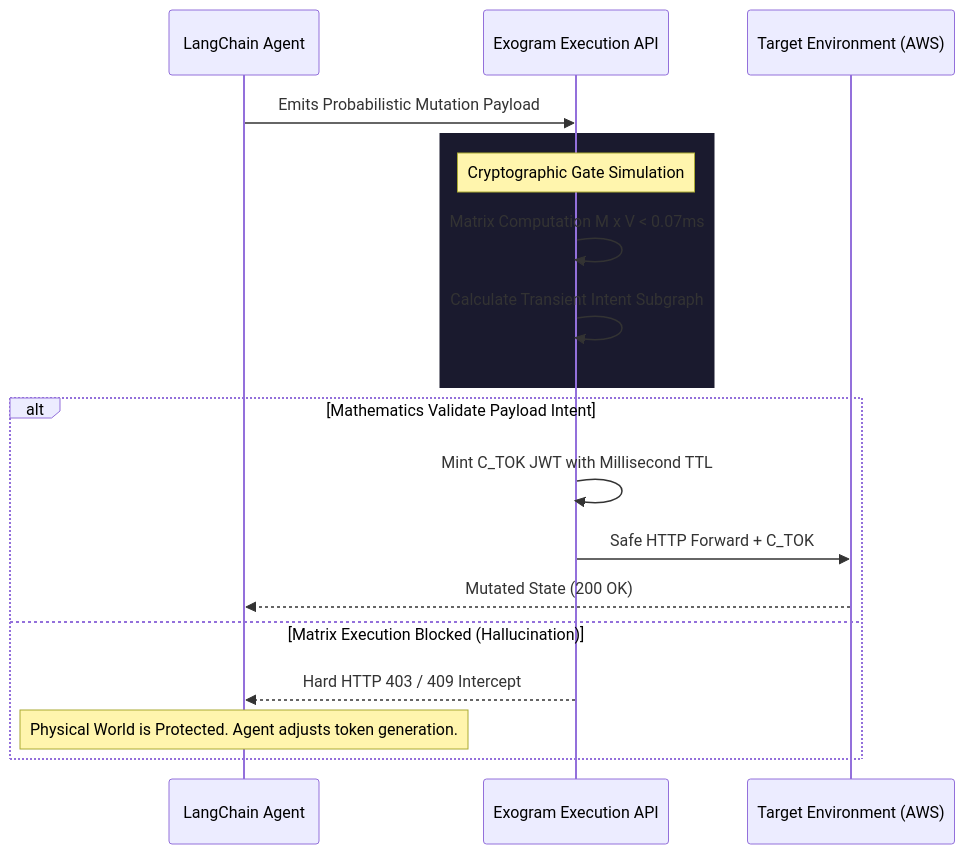
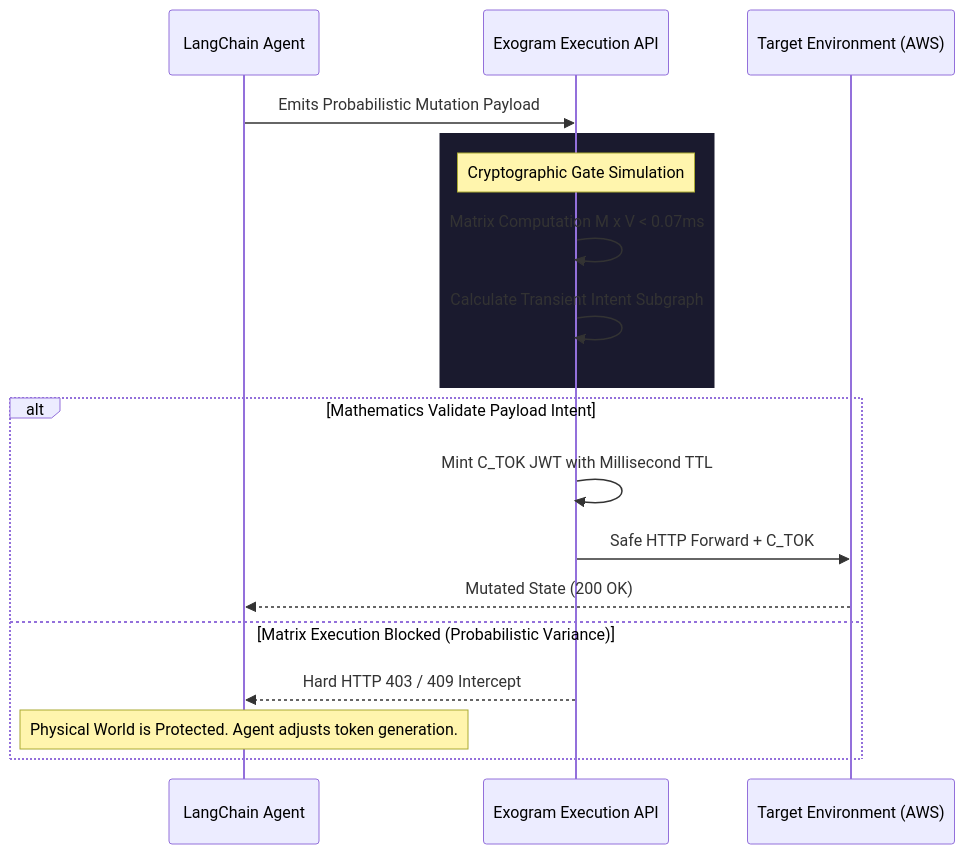
The diagram in docs/layer-4-execution-authority.md (Richard-Ewing/exogram-protocol-rfc), drawn with Mermaid before and after one commit. The commit also changed other lines of this file and 8 other files, not shown here.

````diff
--- a/docs/layer-4-execution-authority.md
+++ b/docs/layer-4-execution-authority.md
@@ -40,23 +40,23 @@
 ```mermaid
 sequenceDiagram
     participant Agent as LangChain Agent
     participant Firewall as Exogram Execution API
     participant JWT_Node as Target Environment (AWS)
     
     Agent->>Firewall: Emits Probabilistic Mutation Payload
     
     rect rgb(26, 26, 46)
         Note over Firewall: Cryptographic Gate Simulation
         Firewall->>Firewall: Matrix Computation M x V  < 0.07ms
         Firewall->>Firewall: Calculate Transient Intent Subgraph
     end
     
     alt Mathematics Validate Payload Intent
         Firewall->>Firewall: Mint C_TOK JWT with Millisecond TTL
         Firewall->>JWT_Node: Safe HTTP Forward + C_TOK
         JWT_Node-->>Agent: Mutated State (200 OK)
-    else Matrix Execution Blocked (Hallucination)
+    else Matrix Execution Blocked (Probabilistic Variance)
         Firewall-->>Agent: Hard HTTP 403 / 409 Intercept
         Note over Agent: Physical World is Protected. Agent adjusts token generation.
     end
 ```
````
